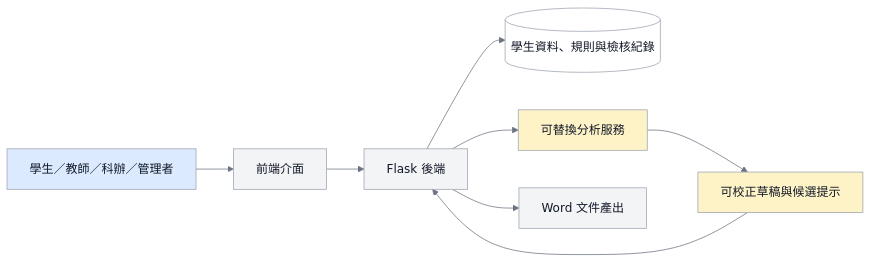
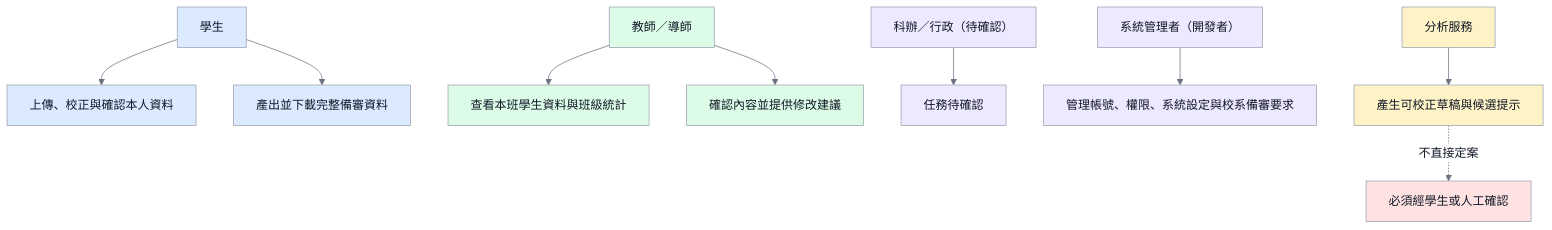
One commit to vujhdcusa/1028 changed the ninth of 13 diagrams in docs/04_圖表與介面/diagrams.md. Above: the diagram before and after it, drawn with Mermaid. The commit also changed other lines of this file and 116 other files, not shown here.

````diff
--- a/docs/04_圖表與介面/diagrams.md
+++ b/docs/04_圖表與介面/diagrams.md
@@ -153,16 +319,18 @@
 ```mermaid
-%%{init: {'theme':'base','themeVariables': {'fontFamily':'Microsoft JhengHei, Noto Sans TC, Arial, sans-serif','primaryColor':'#F3F4F6','primaryTextColor':'#111827','primaryBorderColor':'#9CA3AF','lineColor':'#6B7280','edgeLabelBackground':'#FFFFFF'}}}%%
-flowchart LR
-    classDef user fill:#DBEAFE,stroke:#9CA3AF,color:#111827,stroke-width:1px;
-    classDef backend fill:#F3F4F6,stroke:#9CA3AF,color:#111827,stroke-width:1px;
-    classDef db fill:#FFFFFF,stroke:#9CA3AF,color:#111827,stroke-width:1px;
+%%{init: {'theme':'base','themeVariables': {'fontFamily':'Microsoft JhengHei, Noto Sans TC, Arial, sans-serif','primaryColor':'#F3F4F6','primaryTextColor':'#111827','primaryBorderColor':'#9CA3AF','lineColor':'#6B7280','edgeLabelBackground':'#FFFFFF'},'flowchart':{'wrappingWidth':400}}}%%
+flowchart TD
+    classDef student fill:#DBEAFE,stroke:#9CA3AF,color:#111827,stroke-width:1px;
+    classDef teacher fill:#DCFCE7,stroke:#9CA3AF,color:#111827,stroke-width:1px;
+    classDef staff fill:#EDE9FE,stroke:#9CA3AF,color:#111827,stroke-width:1px;
     classDef ai fill:#FEF3C7,stroke:#9CA3AF,color:#111827,stroke-width:1px;
+    classDef alert fill:#FEE2E2,stroke:#9CA3AF,color:#111827,stroke-width:1px;
 
-    Users[學生／教師／科辦／管理者]:::user --> UI[前端介面]:::backend
-    UI --> App[Flask 後端]:::backend
-    App --> Data[(學生資料、規則與檢核紀錄)]:::db
-    App --> Analysis[可替換分析服務]:::ai
-    Analysis --> Draft[可校正草稿與候選提示]:::ai
-    Draft --> App
-    App --> Word[Word 文件產出]:::backend
+    Student[學生]:::student --> S1[上傳、校正與確認本人資料]:::student
+    Student --> S2[產出並下載完整備審資料]:::student
+    Teacher[教師／導師]:::teacher --> T1[查看本班學生資料與班級統計]:::teacher
+    Teacher --> T2[確認內容並提供修改建議]:::teacher
+    Staff[科辦／行政（待確認）]:::staff --> F1[任務待確認]:::staff
+    Admin[系統管理者（開發者）]:::staff --> A1[管理帳號、權限、系統設定與校系備審要求]:::staff
+    Agent[分析服務]:::ai --> G1[產生可校正草稿與候選提示]:::ai
+    G1 -.不直接定案.-> Block[必須經學生或人工確認]:::alert
 ```
````
